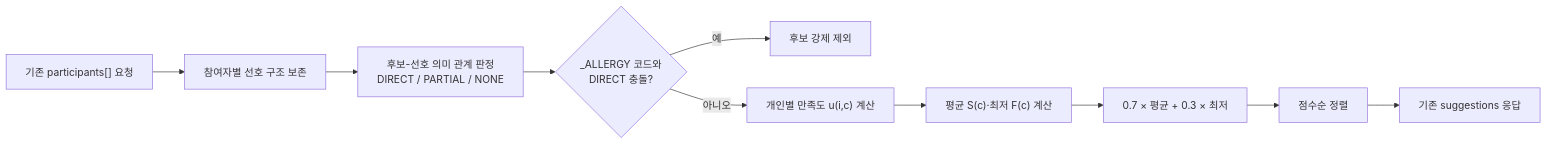
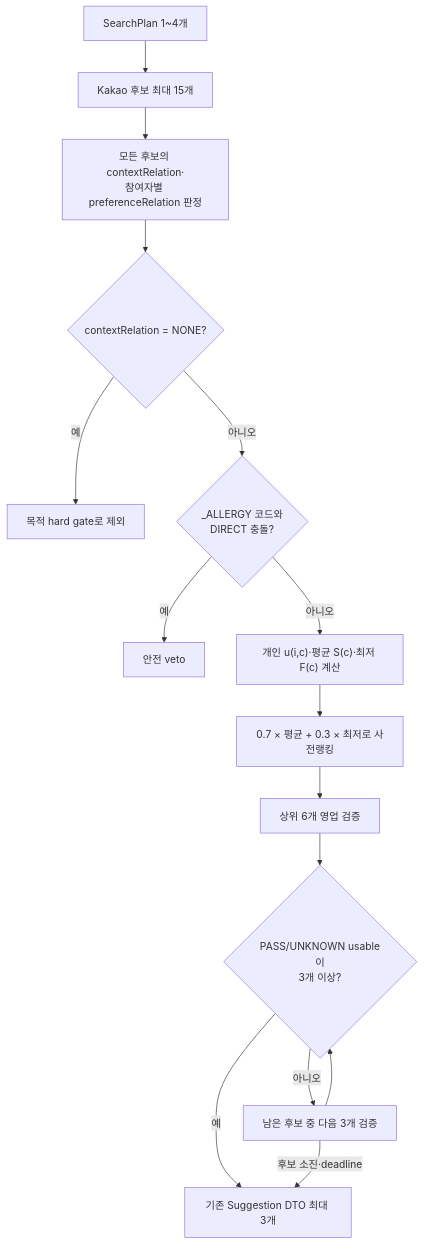
Before and after one commit to damoyeo-team20/damoyeo-AI: the second of 3 diagrams in docs/presentation-notes.md, drawn with Mermaid. The commit also changed other lines of this file and 20 other files, not shown here.

````diff
--- a/docs/presentation-notes.md
+++ b/docs/presentation-notes.md
@@ -764,12 +778,17 @@
 ```mermaid
-flowchart LR
-    A["기존 participants[] 요청"] --> B["참여자별 선호 구조 보존"]
-    B --> C["후보-선호 의미 관계 판정<br/>DIRECT / PARTIAL / NONE"]
-    C --> D{"_ALLERGY 코드와<br/>DIRECT 충돌?"}
-    D -->|예| E["후보 강제 제외"]
-    D -->|아니오| F["개인별 만족도 u(i,c) 계산"]
-    F --> G["평균 S(c)·최저 F(c) 계산"]
-    G --> H["0.7 × 평균 + 0.3 × 최저"]
-    H --> I["점수순 정렬"]
-    I --> J["기존 suggestions 응답"]
+flowchart TD
+    A["SearchPlan 1~4개"] --> B["Kakao 후보 최대 15개"]
+    B --> C["모든 후보의 contextRelation·<br/>참여자별 preferenceRelation 판정"]
+    C --> D{"contextRelation = NONE?"}
+    D -->|예| E["목적 hard gate로 제외"]
+    D -->|아니오| F{"_ALLERGY 코드와<br/>DIRECT 충돌?"}
+    F -->|예| G["안전 veto"]
+    F -->|아니오| H["개인 u(i,c)·평균 S(c)·최저 F(c) 계산"]
+    H --> I["0.7 × 평균 + 0.3 × 최저로 사전랭킹"]
+    I --> J["상위 6개 영업 검증"]
+    J --> K{"PASS/UNKNOWN usable이<br/>3개 이상?"}
+    K -->|아니오| L["남은 후보 중 다음 3개 검증"]
+    K -->|예| M["기존 Suggestion DTO 최대 3개"]
+    L --> K
+    L -->|후보 소진·deadline| M
 ```
````
